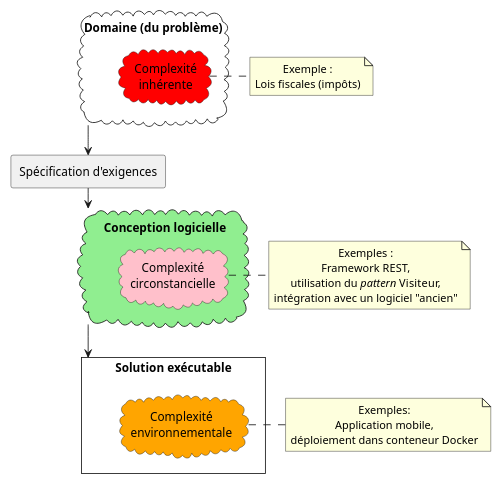
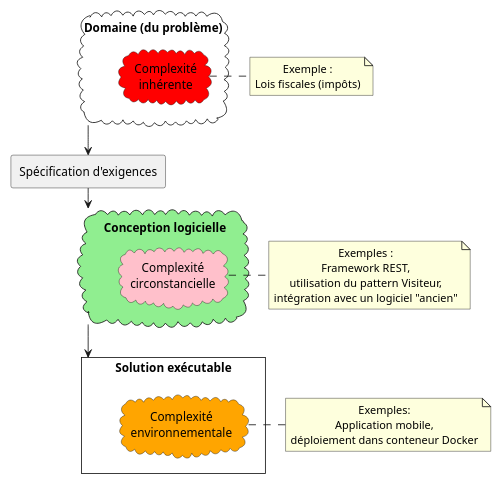
Before and after one commit to fuhrmanator/log210-ndc-quarto: the third of 3 diagrams in AnalyseConception.qmd, drawn with PlantUML. The commit also changed other lines of this file and 4 other files, not shown here.

````diff
--- a/AnalyseConception.qmd
+++ b/AnalyseConception.qmd
@@ -162,30 +162,30 @@
 ```{.plantuml #fig-complexitySources caption="Sources de complexité (inhérente, circonstancielle et environnementale) par rapport au processus de développement (analyse, conception et implémentation)."}
 @startuml
 scale 0.8
 skinparam style strictuml
 skinparam backgroundColor transparent
 skinparam packageBackgroundColor transparent
 skinparam defaultFontName Arial 
 skinparam defaultTextAlignment center
 cloud "Domaine (du problème)" as P {
  cloud "Complexité\ninhérente" as PP #red {
  }
 }
 note right of PP: Exemple :\nLois fiscales (impôts)
 rectangle "Spécification d'exigences" as S {
 }
 cloud "Conception logicielle" as C #lightgreen {
 cloud "Complexité\ncirconstancielle" as CC #pink {
 }
 }
-note right of CC: Exemples :\nFramework REST,\nutilisation du //pattern// Visiteur,\nintégration avec un logiciel "ancien"
+note right of CC: Exemples :\nFramework REST,\nutilisation du pattern Visiteur,\nintégration avec un logiciel "ancien"
 rectangle "Solution exécutable" as E {
 cloud "Complexité\nenvironnementale" as EE #orange {
 }
 }
 note left of EE: Exemples:\nApplication mobile,\ndéploiement dans conteneur Docker
 P --> S 
 S --> C
 C --> E
 @enduml
 ```
````
